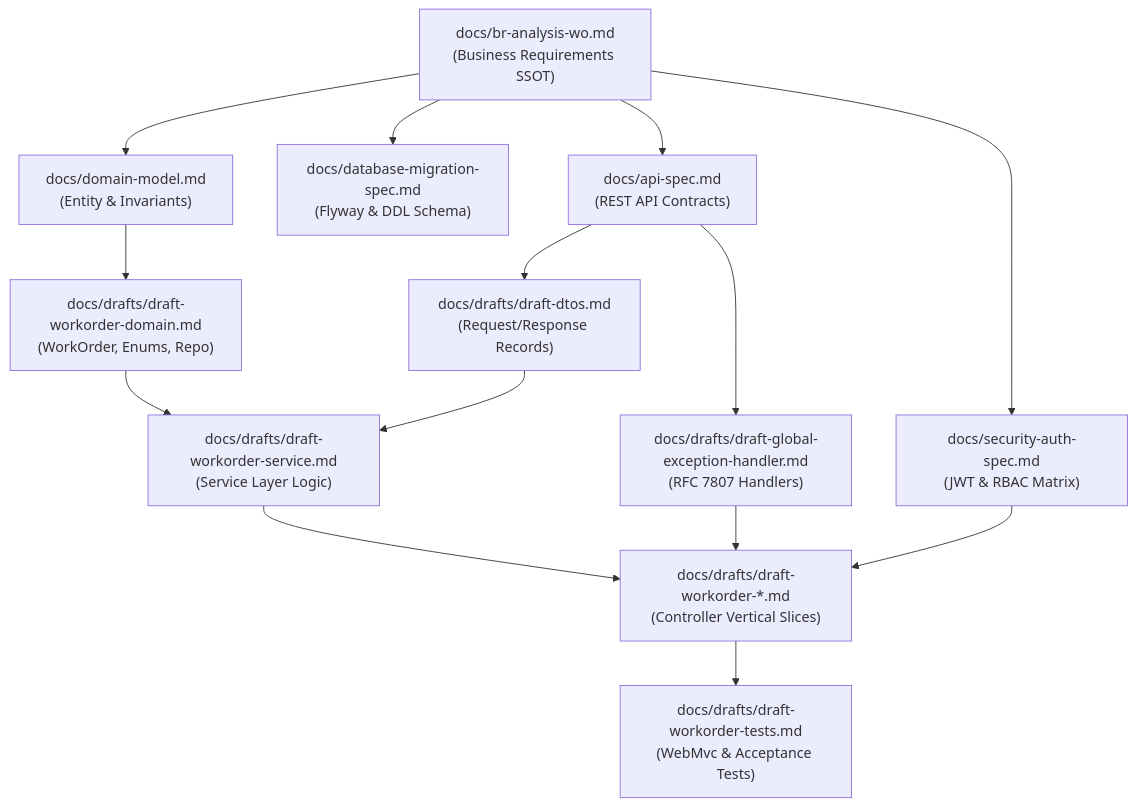
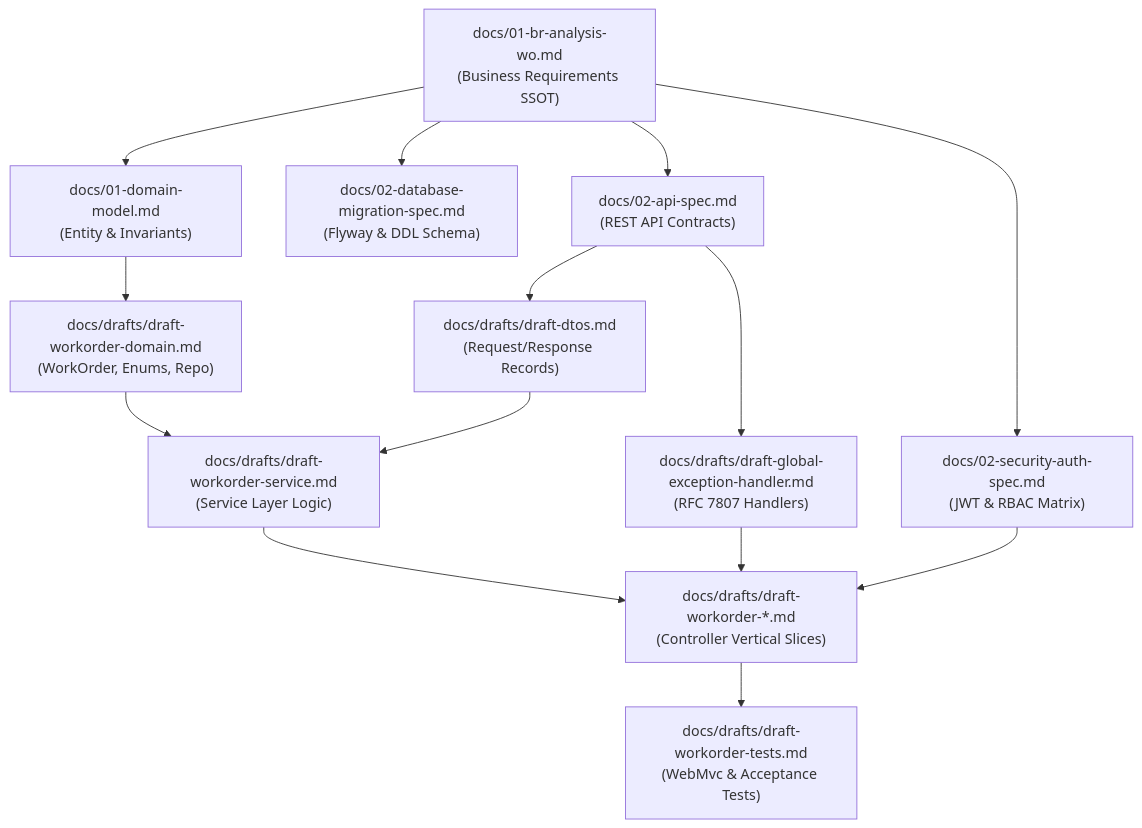
The second of 2 diagrams in docs/archive/audit-logs/system_audit_report.md (duongbaphuc/ai-native-oms-api), drawn with Mermaid before and after one commit. The commit also changed other lines of this file and 86 other files, not shown here.

````diff
--- a/docs/archive/audit-logs/system_audit_report.md
+++ b/docs/archive/audit-logs/system_audit_report.md
@@ -51,19 +51,19 @@
 ```mermaid
 graph TD
-    BR["docs/br-analysis-wo.md<br/>(Business Requirements SSOT)"] --> DM["docs/domain-model.md<br/>(Entity & Invariants)"]
-    BR --> DB["docs/database-migration-spec.md<br/>(Flyway & DDL Schema)"]
-    BR --> API["docs/api-spec.md<br/>(REST API Contracts)"]
-    BR --> SEC["docs/security-auth-spec.md<br/>(JWT & RBAC Matrix)"]
+    BR["docs/01-br-analysis-wo.md<br/>(Business Requirements SSOT)"] --> DM["docs/01-domain-model.md<br/>(Entity & Invariants)"]
+    BR --> DB["docs/02-database-migration-spec.md<br/>(Flyway & DDL Schema)"]
+    BR --> API["docs/02-api-spec.md<br/>(REST API Contracts)"]
+    BR --> SEC["docs/02-security-auth-spec.md<br/>(JWT & RBAC Matrix)"]
 
     DM --> D_DOM["docs/drafts/draft-workorder-domain.md<br/>(WorkOrder, Enums, Repo)"]
     API --> D_DTO["docs/drafts/draft-dtos.md<br/>(Request/Response Records)"]
     API --> D_EXC["docs/drafts/draft-global-exception-handler.md<br/>(RFC 7807 Handlers)"]
 
     D_DOM --> D_SRV["docs/drafts/draft-workorder-service.md<br/>(Service Layer Logic)"]
     D_DTO --> D_SRV
     D_SRV --> D_CTRL["docs/drafts/draft-workorder-*.md<br/>(Controller Vertical Slices)"]
     
     SEC --> D_CTRL
     D_EXC --> D_CTRL
     D_CTRL --> D_TST["docs/drafts/draft-workorder-tests.md<br/>(WebMvc & Acceptance Tests)"]
 ```
````
